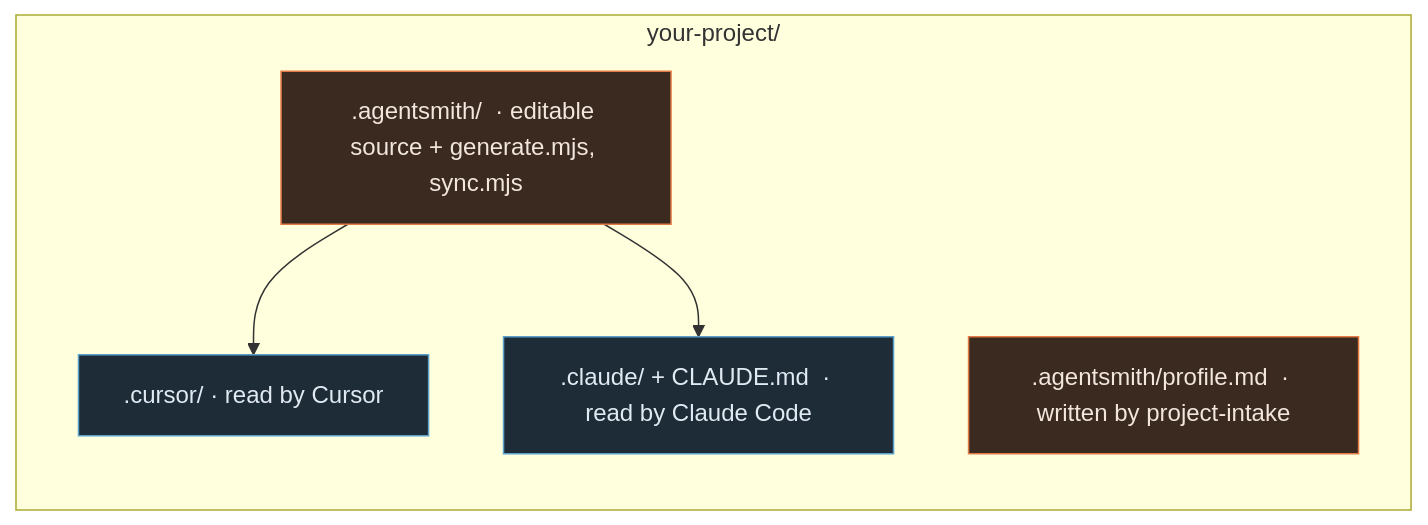
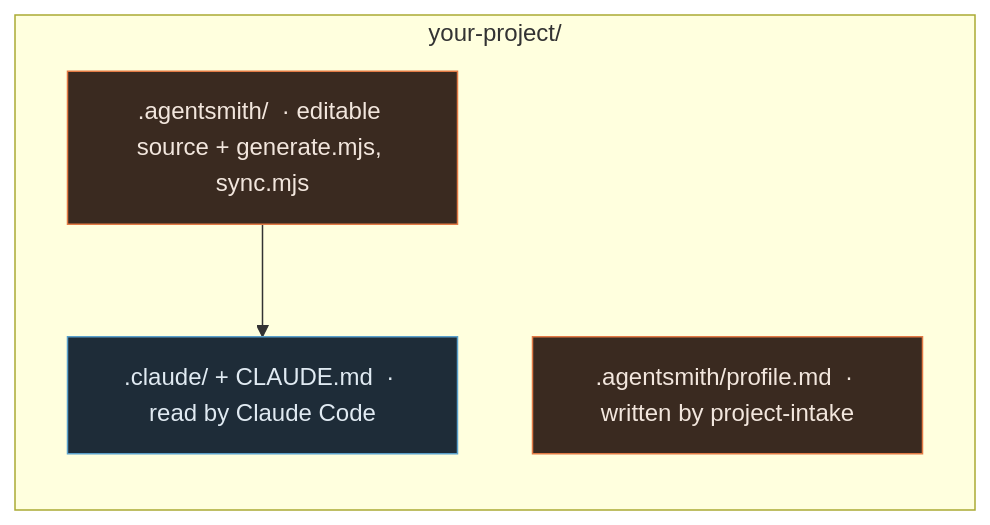
The fourth of 4 diagrams in docs/swarm-guide.md (HaimW/AgentSmith), drawn with Mermaid before and after one commit. The commit also changed other lines of this file and 58 other files, not shown here.

````diff
--- a/docs/swarm-guide.md
+++ b/docs/swarm-guide.md
@@ -139,16 +137,14 @@
 ```mermaid
 flowchart TB
   subgraph REPO["your-project/"]
     direction TB
     AS[".agentsmith/  · editable source + generate.mjs, sync.mjs"]
     PR[".agentsmith/profile.md  · written by project-intake"]
-    CU[".cursor/  · read by Cursor"]
     CL[".claude/ + CLAUDE.md  · read by Claude Code"]
   end
-  AS --> CU
   AS --> CL
   class AS,PR hot
-  class CU,CL cold
+  class CL cold
   classDef hot fill:#3a2a20,stroke:#e27a45,color:#f2e6dd
   classDef cold fill:#1e2c38,stroke:#5aa0cb,color:#e0eaf2
 ```
````
